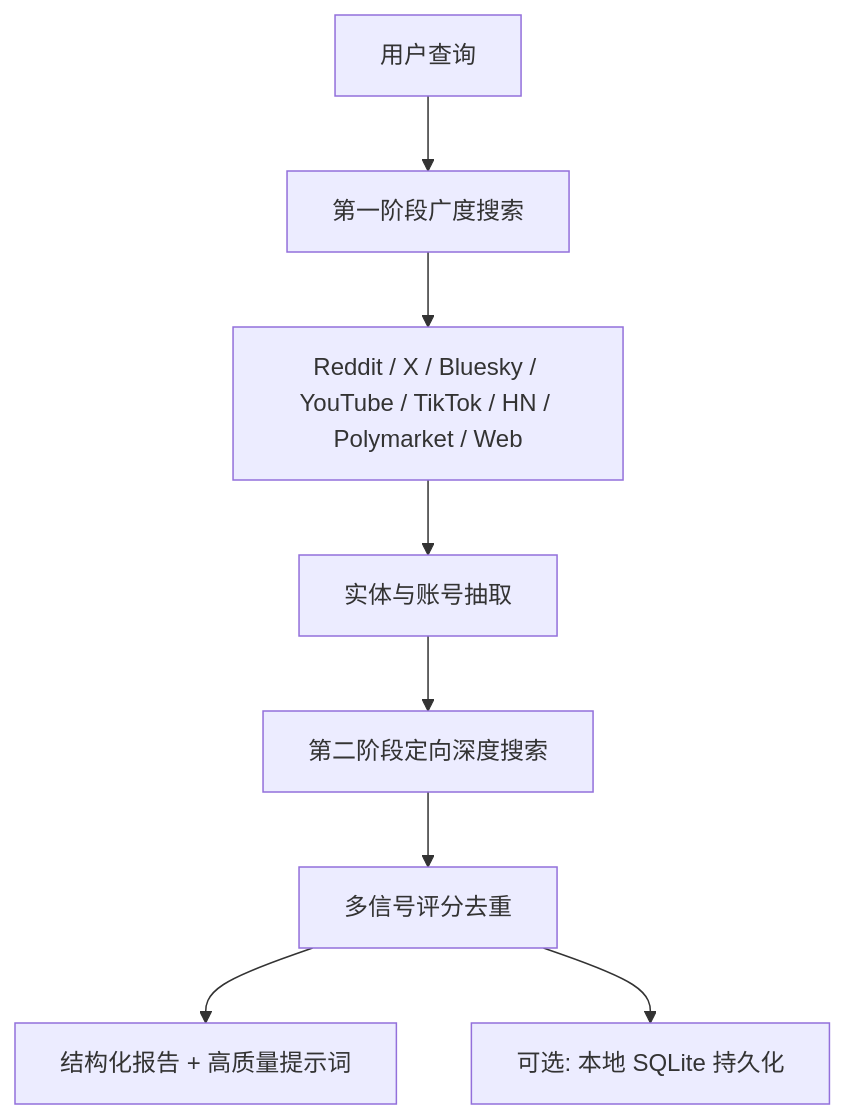
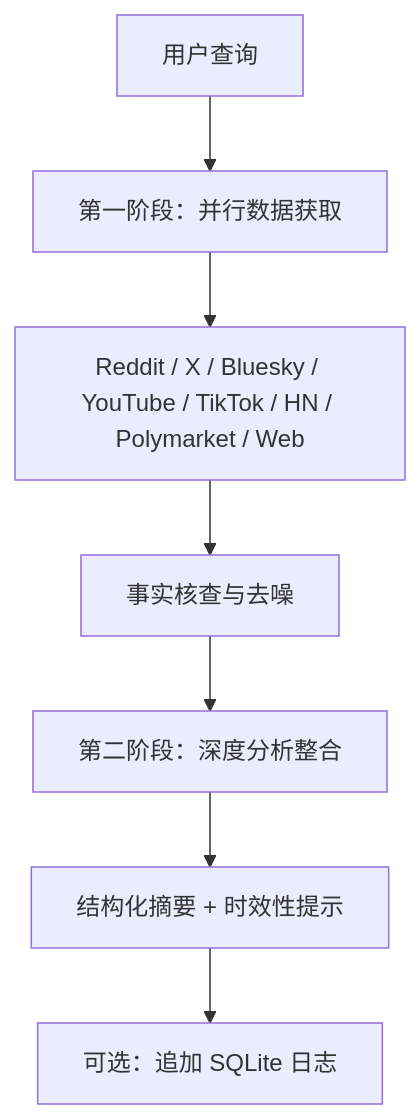
Before and after one commit to Everloster/EverAgent: the diagram in github-trending-analyzer/github-trending-reports/research_mvanhorn_last30days-skill.md, drawn with Mermaid. The commit also changed other lines of this file and 11 other files, not shown here.

````diff
--- a/github-trending-analyzer/github-trending-reports/research_mvanhorn_last30days-skill.md
+++ b/github-trending-analyzer/github-trending-reports/research_mvanhorn_last30days-skill.md
@@ -32,10 +34,9 @@
 ```mermaid
 flowchart TD
-    A[用户查询] --> B[第一阶段广度搜索]
+    A[用户查询] --> B[第一阶段：并行数据获取]
     B --> C[Reddit / X / Bluesky / YouTube / TikTok / HN / Polymarket / Web]
-    C --> D[实体与账号抽取]
-    D --> E[第二阶段定向深度搜索]
-    E --> F[多信号评分去重]
-    F --> G[结构化报告 + 高质量提示词]
-    F --> H[可选: 本地 SQLite 持久化]
+    C --> D[事实核查与去噪]
+    D --> E[第二阶段：深度分析整合]
+    E --> F[结构化摘要 + 时效性提示]
+    F --> G[可选：追加 SQLite 日志]
 ```
````
